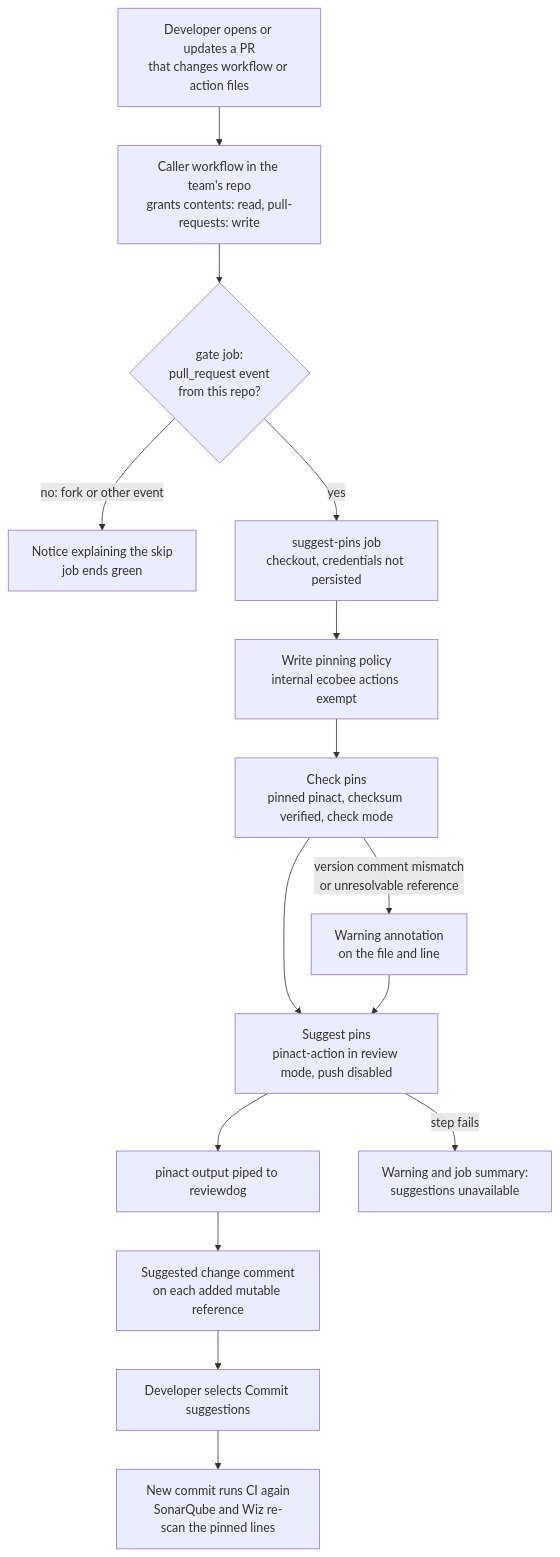
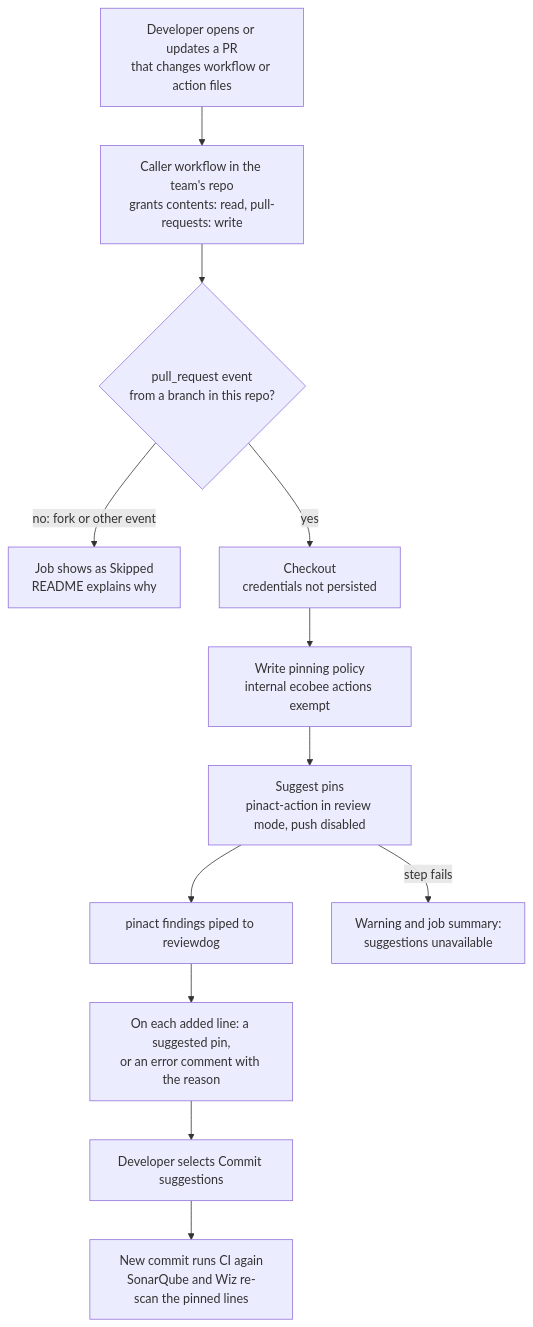
One commit to ecobee/github-actions changed the diagram in docs/prd/pin-actions.md. Above: the diagram before and after it, drawn with Mermaid. The commit also changed other lines of this file and 1 other file, not shown here.

Commit message:
docs: explain skipped pin-suggestion checks and update run flow

````diff
--- a/docs/prd/pin-actions.md
+++ b/docs/prd/pin-actions.md
@@ -24,17 +24,14 @@
 ```mermaid
 flowchart TD
     PR["Developer opens or updates a PR<br/>that changes workflow or action files"] --> Caller["Caller workflow in the team's repo<br/>grants contents: read, pull-requests: write"]
-    Caller --> Gate{"gate job:<br/>pull_request event<br/>from this repo?"}
-    Gate -- "no: fork or other event" --> Skip["Notice explaining the skip<br/>job ends green"]
-    Gate -- yes --> Checkout["suggest-pins job<br/>checkout, credentials not persisted"]
+    Caller --> Same{"pull_request event<br/>from a branch in this repo?"}
+    Same -- "no: fork or other event" --> Skip["Job shows as Skipped<br/>README explains why"]
+    Same -- yes --> Checkout["Checkout<br/>credentials not persisted"]
     Checkout --> Policy["Write pinning policy<br/>internal ecobee actions exempt"]
-    Policy --> Check["Check pins<br/>pinned pinact, checksum verified, check mode"]
-    Check -- "version comment mismatch<br/>or unresolvable reference" --> Warn["Warning annotation<br/>on the file and line"]
-    Check --> Suggest["Suggest pins<br/>pinact-action in review mode, push disabled"]
-    Warn --> Suggest
-    Suggest --> Reviewdog["pinact output piped to reviewdog"]
-    Reviewdog --> Comments["Suggested change comment<br/>on each added mutable reference"]
+    Policy --> Suggest["Suggest pins<br/>pinact-action in review mode, push disabled"]
+    Suggest --> Reviewdog["pinact findings piped to reviewdog"]
+    Reviewdog --> Comments["On each added line: a suggested pin,<br/>or an error comment with the reason"]
     Suggest -- "step fails" --> Unavailable["Warning and job summary:<br/>suggestions unavailable"]
     Comments --> Accept["Developer selects Commit suggestions"]
     Accept --> Rescan["New commit runs CI again<br/>SonarQube and Wiz re-scan the pinned lines"]
 ```
````
